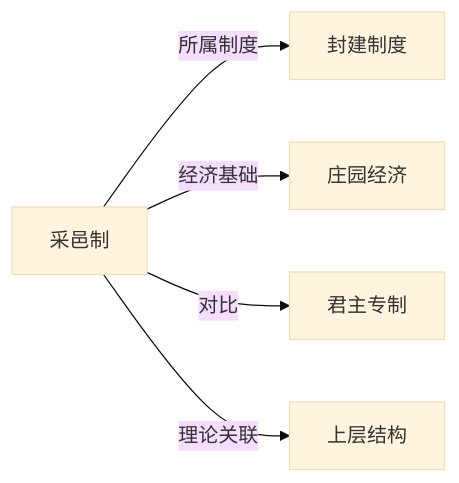
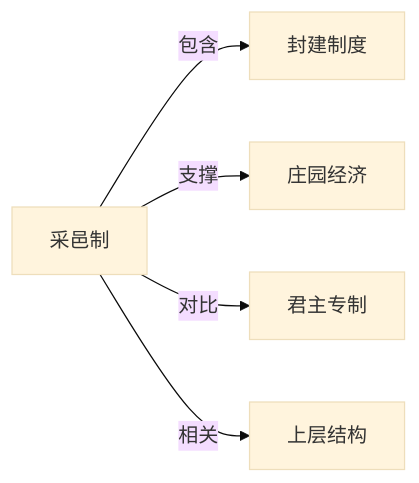
The diagram in Knowledge/Concepts/历史/采邑制.md (KIMMCHOW/MyKnowledge), drawn with Mermaid (base theme) before and after one commit. The commit also changed 95 other files, not shown here.

Commit message:
reorganize: 统一关系图边标签为11类

````diff
--- a/Knowledge/Concepts/历史/采邑制.md
+++ b/Knowledge/Concepts/历史/采邑制.md
@@ -42,7 +42,7 @@
 ```mermaid
 graph LR
-    采邑制 -->|所属制度| 封建制度
-    采邑制 -->|经济基础| 庄园经济
+    采邑制 -->|包含| 封建制度
+    采邑制 -->|支撑| 庄园经济
     采邑制 -->|对比| 君主专制
-    采邑制 -->|理论关联| 上层结构
+    采邑制 -->|相关| 上层结构
 ```
````
